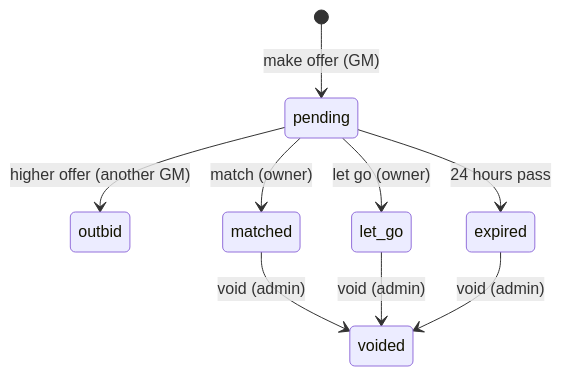
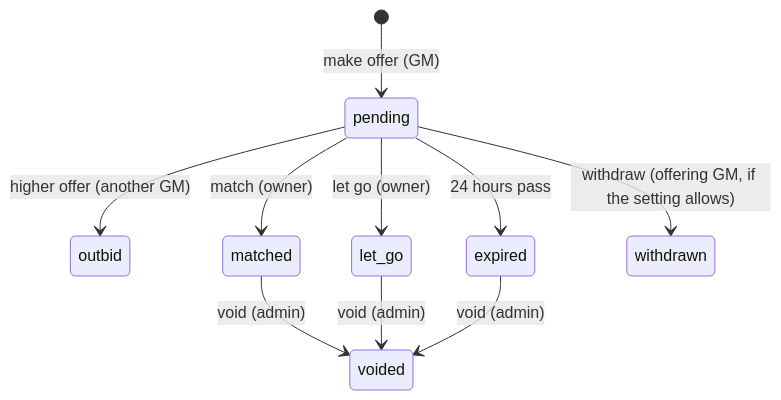
The third of 4 diagrams in docs/offseason-plan.md (foreverhomes/cfl-manager), drawn with Mermaid before and after one commit. The commit also changed other lines of this file, not shown here.

````diff
--- a/docs/offseason-plan.md
+++ b/docs/offseason-plan.md
@@ -312,11 +462,12 @@
 ```mermaid
 stateDiagram-v2
     [*] --> pending: make offer (GM)
     pending --> outbid: higher offer (another GM)
     pending --> matched: match (owner)
     pending --> let_go: let go (owner)
     pending --> expired: 24 hours pass
+    pending --> withdrawn: withdraw (offering GM, if the setting allows)
     matched --> voided: void (admin)
     let_go --> voided: void (admin)
     expired --> voided: void (admin)
 ```
````
